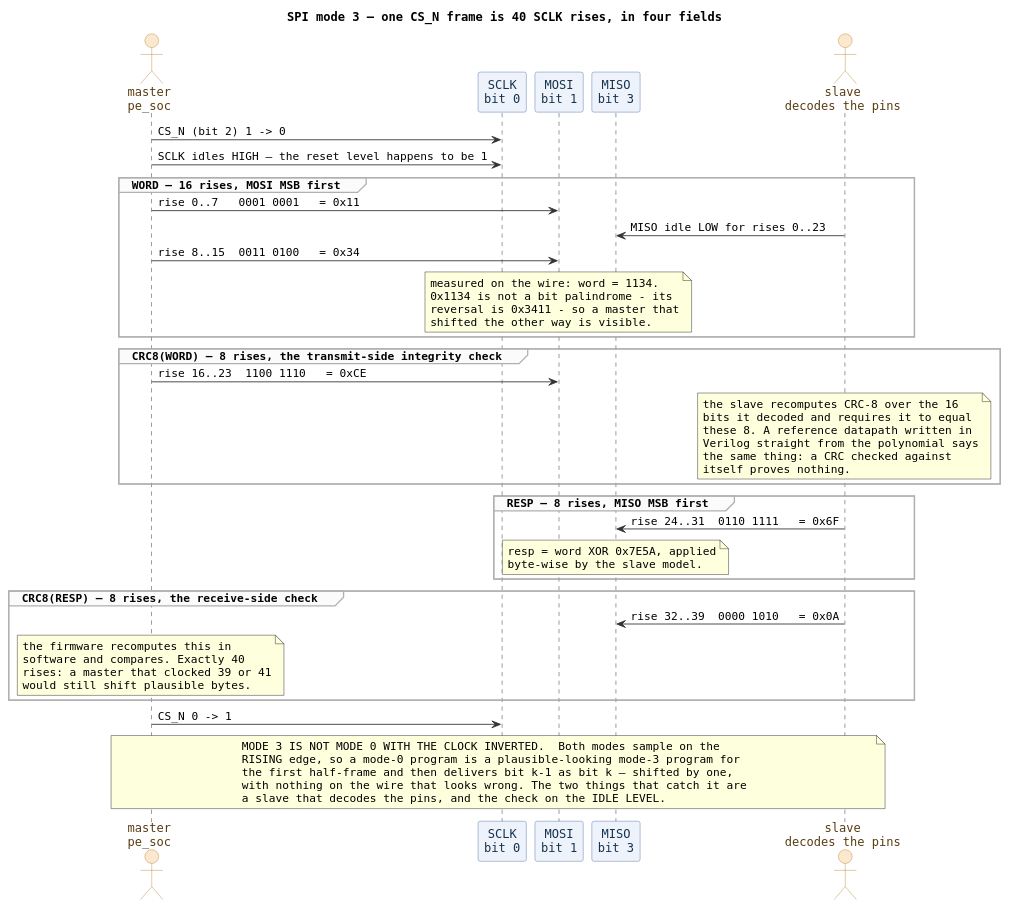
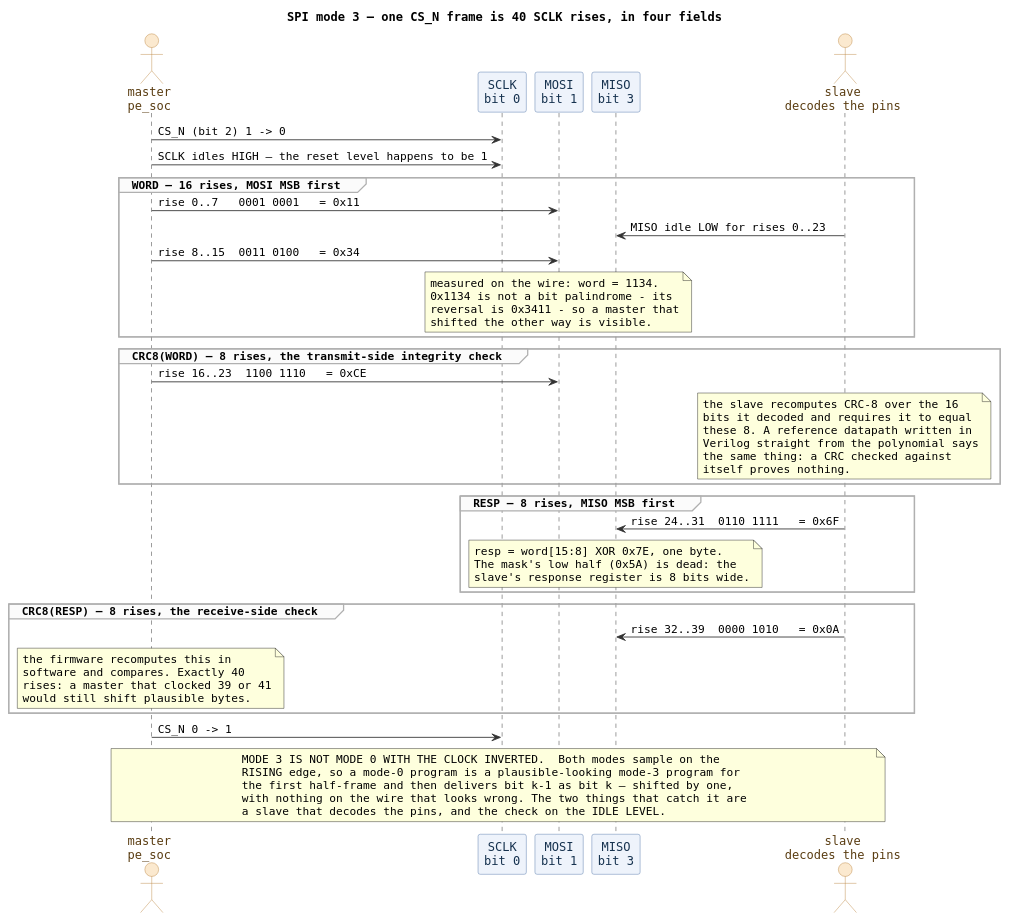
The second of 5 diagrams in diagrams/proto-spi3-crc.puml (smprather/janestreet-blog-serial-protocol-emulator), drawn with PlantUML before and after one commit. The commit also changed 9 other files, not shown here.

First line of the commit message:
docs: the diagrams gate, and a published rule that was wrong

```diff
--- a/diagrams/proto-spi3-crc.puml
+++ b/diagrams/proto-spi3-crc.puml
@@ -94,69 +94,70 @@
 @startuml
 title SPI mode 3 — one CS_N frame is 40 SCLK rises, in four fields
 skinparam defaultFontName Monospaced
 skinparam ParticipantBackgroundColor #eef3fb
 skinparam ParticipantBorderColor #4a6fa5
 skinparam ParticipantFontColor #16324f
 skinparam ActorBackgroundColor #fbe9cf
 skinparam ActorBorderColor #b8813a
 skinparam ActorFontColor #5a3d12
 skinparam SequenceGroupBackgroundColor #fbfbfb
 skinparam SequenceGroupBorderColor #b0b0b0
 skinparam ArrowColor #333333
 
 actor "master\npe_soc" as M
 participant "SCLK\nbit 0" as C
 participant "MOSI\nbit 1" as O
 participant "MISO\nbit 3" as I
 actor "slave\ndecodes the pins" as S
 
 M -> C : CS_N (bit 2) 1 -> 0
 M -> C : SCLK idles HIGH — the reset level happens to be 1
 group WORD — 16 rises, MOSI MSB first
   M -> O : rise 0..7   0001 0001   = 0x11
   S -> I : MISO idle LOW for rises 0..23
   M -> O : rise 8..15  0011 0100   = 0x34
   note over O
     measured on the wire: word = 1134.
     0x1134 is not a bit palindrome - its
     reversal is 0x3411 - so a master that
     shifted the other way is visible.
   end note
 end group
 group CRC8(WORD) — 8 rises, the transmit-side integrity check
   M -> O : rise 16..23  1100 1110   = 0xCE
   note over S
     the slave recomputes CRC-8 over the 16
     bits it decoded and requires it to equal
     these 8. A reference datapath written in
     Verilog straight from the polynomial says
     the same thing: a CRC checked against
     itself proves nothing.
   end note
 end group
 group RESP — 8 rises, MISO MSB first
   S -> I : rise 24..31  0110 1111   = 0x6F
   note over I
-    resp = word XOR 0x7E5A, applied
-    byte-wise by the slave model.
+    resp = word[15:8] XOR 0x7E, one byte.
+    The mask's low half (0x5A) is dead: the
+    slave's response register is 8 bits wide.
   end note
 end group
 group CRC8(RESP) — 8 rises, the receive-side check
   S -> I : rise 32..39  0000 1010   = 0x0A
   note over M
     the firmware recomputes this in
     software and compares. Exactly 40
     rises: a master that clocked 39 or 41
     would still shift plausible bytes.
   end note
 end group
 M -> C : CS_N 0 -> 1
 
 note over M, S
   MODE 3 IS NOT MODE 0 WITH THE CLOCK INVERTED.  Both modes sample on the
   RISING edge, so a mode-0 program is a plausible-looking mode-3 program for
   the first half-frame and then delivers bit k-1 as bit k — shifted by one,
   with nothing on the wire that looks wrong. The two things that catch it are
   a slave that decodes the pins, and the check on the IDLE LEVEL.
 end note
 @enduml
```
